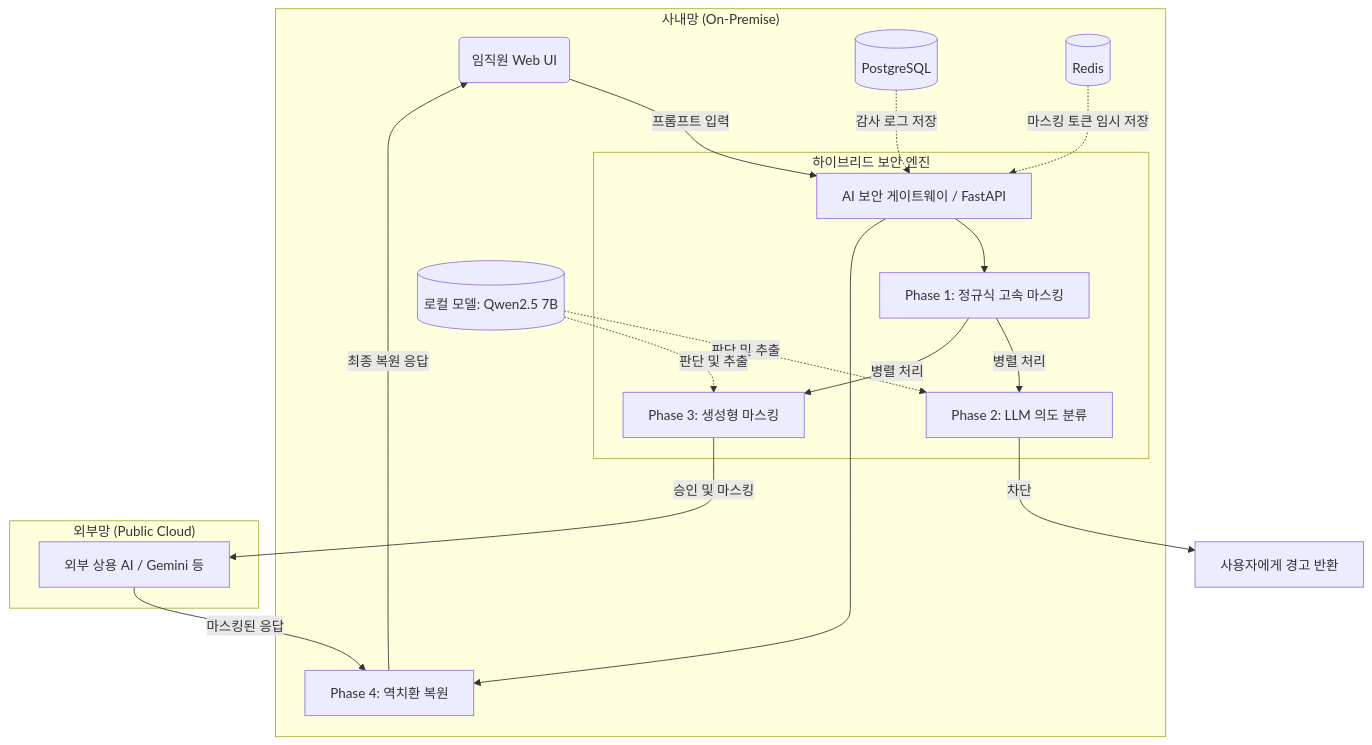
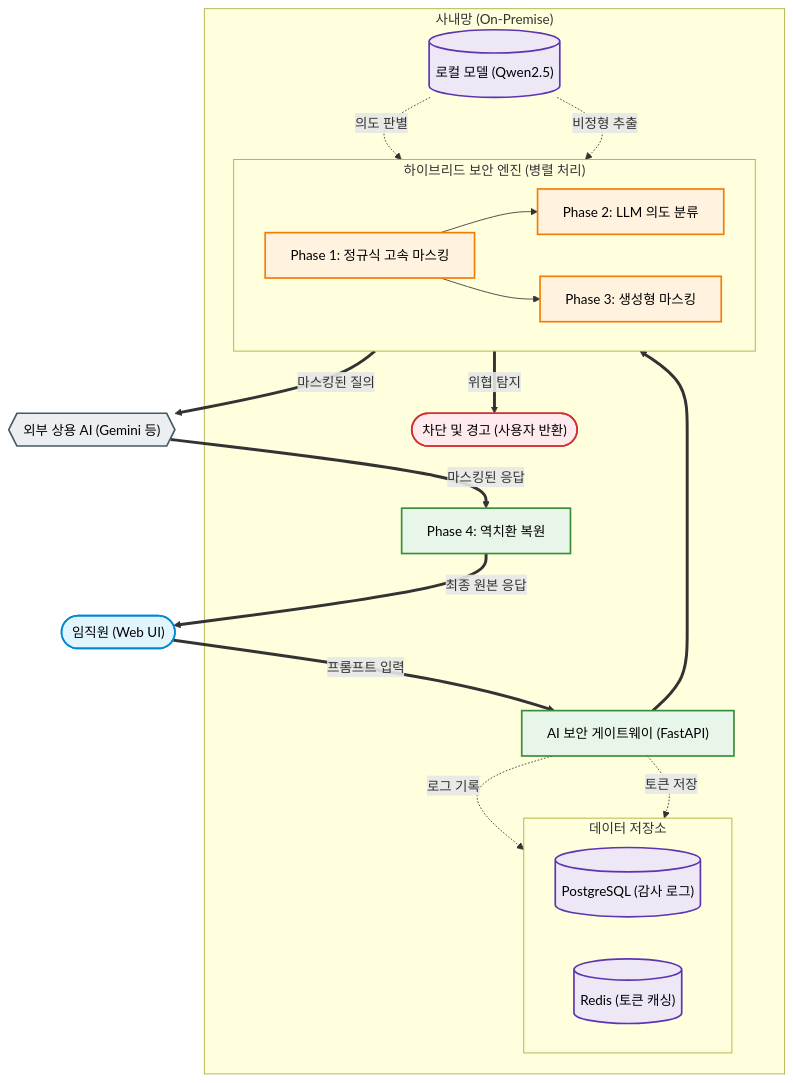
Before and after one commit to rbtjd215/LLM_Gateway_Project: the diagram in Docs_Korean/ARCHITECTURE.md, drawn with Mermaid. The commit also changed 1 other file, not shown here.

Commit message:
docs: improve architecture diagram readability with color themes

````diff
--- a/Docs_Korean/ARCHITECTURE.md
+++ b/Docs_Korean/ARCHITECTURE.md
@@ -11,29 +11,52 @@
 ```mermaid
 flowchart TD
+    %% 스타일 정의
+    classDef user fill:#e1f5fe,stroke:#0288d1,stroke-width:2px,color:#000
+    classDef core fill:#e8f5e9,stroke:#388e3c,stroke-width:2px,color:#000
+    classDef logic fill:#fff3e0,stroke:#f57c00,stroke-width:2px,color:#000
+    classDef db fill:#ede7f6,stroke:#5e35b1,stroke-width:2px,color:#000
+    classDef danger fill:#ffebee,stroke:#d32f2f,stroke-width:2px,color:#000
+    classDef external fill:#eceff1,stroke:#455a64,stroke-width:2px,color:#000
+
+    Client(["임직원 (Web UI)"]):::user
+    
     subgraph "사내망 (On-Premise)"
-        Client(임직원 Web UI) -->|프롬프트 입력| Gateway[AI 보안 게이트웨이 / FastAPI]
+        Gateway["AI 보안 게이트웨이 (FastAPI)"]:::core
         
-        subgraph "하이브리드 보안 엔진"
-            Gateway --> P1[Phase 1: 정규식 고속 마스킹]
-            P1 -->|병렬 처리| P2[Phase 2: LLM 의도 분류]
-            P1 -->|병렬 처리| P3[Phase 3: 생성형 마스킹]
+        subgraph "하이브리드 보안 엔진 (병렬 처리)"
+            direction LR
+            P1["Phase 1: 정규식 고속 마스킹"]:::logic --> P2["Phase 2: LLM 의도 분류"]:::logic
+            P1 --> P3["Phase 3: 생성형 마스킹"]:::logic
         end
         
-        LocalLLM[(로컬 모델: Qwen2.5 7B)] -.->|판단 및 추출| P2
-        LocalLLM -.->|판단 및 추출| P3
+        LocalLLM[("로컬 모델 (Qwen2.5)")]:::db
         
-        DB[(PostgreSQL)] -.->|감사 로그 저장| Gateway
-        Redis[(Redis)] -.->|마스킹 토큰 임시 저장| Gateway
+        subgraph "데이터 저장소"
+            direction LR
+            DB[("PostgreSQL (감사 로그)")]:::db
+            Redis[("Redis (토큰 캐싱)")]:::db
+        end
         
-        Gateway --> Demask[Phase 4: 역치환 복원]
+        Demask["Phase 4: 역치환 복원"]:::core
+        Block(["차단 및 경고 (사용자 반환)"]):::danger
     end
     
-    subgraph "외부망 (Public Cloud)"
-        ExternalLLM[외부 상용 AI / Gemini 등]
-    end
+    ExternalLLM{{"외부 상용 AI (Gemini 등)"}}:::external
+
+    %% 흐름 연결
+    Client == "프롬프트 입력" ==> Gateway
+    Gateway ==> P1
     
-    P2 -- 차단 --> Block[사용자에게 경고 반환]
-    P3 -- 승인 및 마스킹 --> ExternalLLM
-    ExternalLLM -- 마스킹된 응답 --> Demask
-    Demask -- 최종 복원 응답 --> Client
+    P2 == "위협 탐지" ==> Block
+    P3 == "마스킹된 질의" ==> ExternalLLM
+    
+    ExternalLLM == "마스킹된 응답" ==> Demask
+    Demask == "최종 원본 응답" ==> Client
+    
+    %% 보조 연결
+    LocalLLM -. "의도 판별" .-> P2
+    LocalLLM -. "비정형 추출" .-> P3
+    
+    Gateway -. "로그 기록" .-> DB
+    Gateway -. "토큰 저장" .-> Redis
 ```
````
